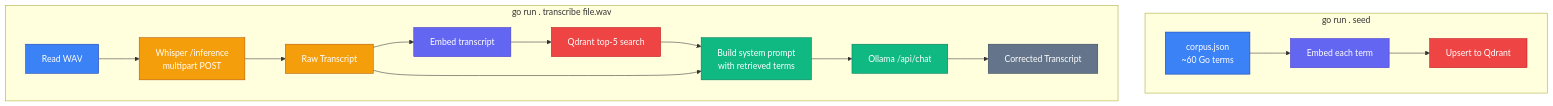
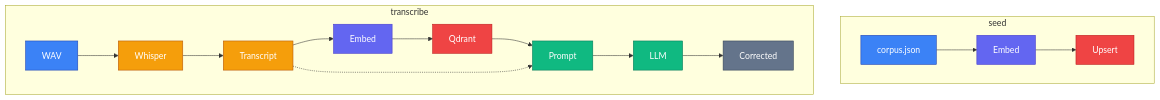
Before and after one commit to hubenschmidt/asr-rag: the second of 2 diagrams in README.md, drawn with Mermaid. The commit also changed other lines of this file, not shown here.

Commit message:
architecture vertical diagram

````diff
--- a/README.md
+++ b/README.md
@@ -26,25 +33,33 @@
 ```mermaid
-flowchart TB
-    subgraph Seed ["go run . seed"]
-        CJ["corpus.json<br/>~60 Go terms"]:::input --> SE["Embed each term"]:::embed
-        SE --> UP["Upsert to Qdrant"]:::vectordb
+flowchart TD
+    subgraph Seed ["seed"]
+        CJ["corpus.json"]:::input
+        SE["Embed"]:::embed
+        UP["Upsert"]:::vectordb
+        CJ --> SE --> UP
     end
 
-    subgraph Transcribe ["go run . transcribe file.wav"]
-        WAV["Read WAV"]:::input --> WH["Whisper /inference<br/>multipart POST"]:::asr
-        WH --> RT["Raw Transcript"]:::asr
-        RT --> QE["Embed transcript"]:::embed
-        QE --> QS["Qdrant top-5 search"]:::vectordb
-        QS --> SYS["Build system prompt<br/>with retrieved terms"]:::llm
-        RT --> SYS
-        SYS --> LLM["Ollama /api/chat"]:::llm
-        LLM --> CT["Corrected Transcript"]:::output
+    subgraph Transcribe ["transcribe"]
+        WAV2["WAV"]:::input
+        WH["Whisper"]:::asr
+        RT["Transcript"]:::asr
+        QE["Embed"]:::embed
+        QS["Qdrant"]:::vectordb
+        SYS["Prompt"]:::llm
+        LLM2["LLM"]:::llm
+        CT["Corrected"]:::output
+
+        WAV2 --> WH --> RT
+        RT --> QE --> QS
+        QS --> SYS
+        RT -.-> SYS
+        SYS --> LLM2 --> CT
     end
 
     classDef input fill:#3b82f6,stroke:#1e40af,color:#fff
     classDef asr fill:#f59e0b,stroke:#b45309,color:#fff
     classDef embed fill:#6366f1,stroke:#4338ca,color:#fff
     classDef vectordb fill:#ef4444,stroke:#b91c1c,color:#fff
     classDef llm fill:#10b981,stroke:#047857,color:#fff
     classDef output fill:#64748b,stroke:#334155,color:#fff
 ```
````
